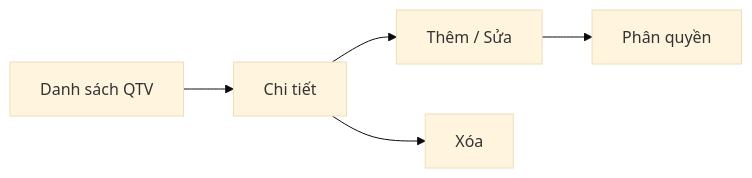
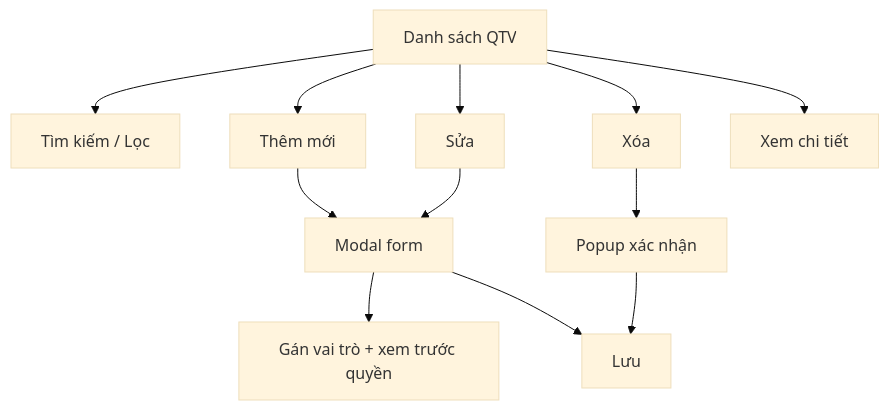
Before and after one commit to ldphu410/Analyze: the diagram in Result/modules/quan-ly-qtv.md, drawn with Mermaid (base theme). The commit also changed 8 other files, not shown here.

Commit message:
chore: Update module diagram

````diff
--- a/Result/modules/quan-ly-qtv.md
+++ b/Result/modules/quan-ly-qtv.md
@@ -69,7 +69,14 @@
 ```mermaid
-flowchart LR
-  List[Danh sách QTV] --> Detail[Chi tiết]
-  Detail --> Edit[Thêm / Sửa]
-  Detail --> Delete[Xóa]
-  Edit --> Role[Phân quyền]
+flowchart TD
+  List[Danh sách QTV] --> Search[Tìm kiếm / Lọc]
+  List --> Add[Thêm mới]
+  List --> Edit[Sửa]
+  List --> Delete[Xóa]
+  List --> Detail[Xem chi tiết]
+  Add --> Modal[Modal form]
+  Edit --> Modal
+  Modal --> Role[Gán vai trò + xem trước quyền]
+  Modal --> Save[Lưu]
+  Delete --> Confirm[Popup xác nhận]
+  Confirm --> Save
 ```
````
